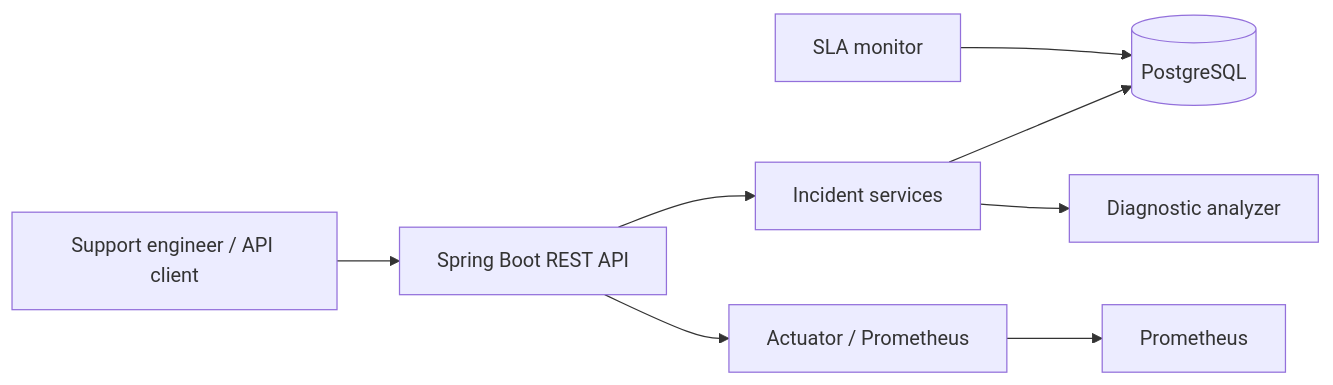
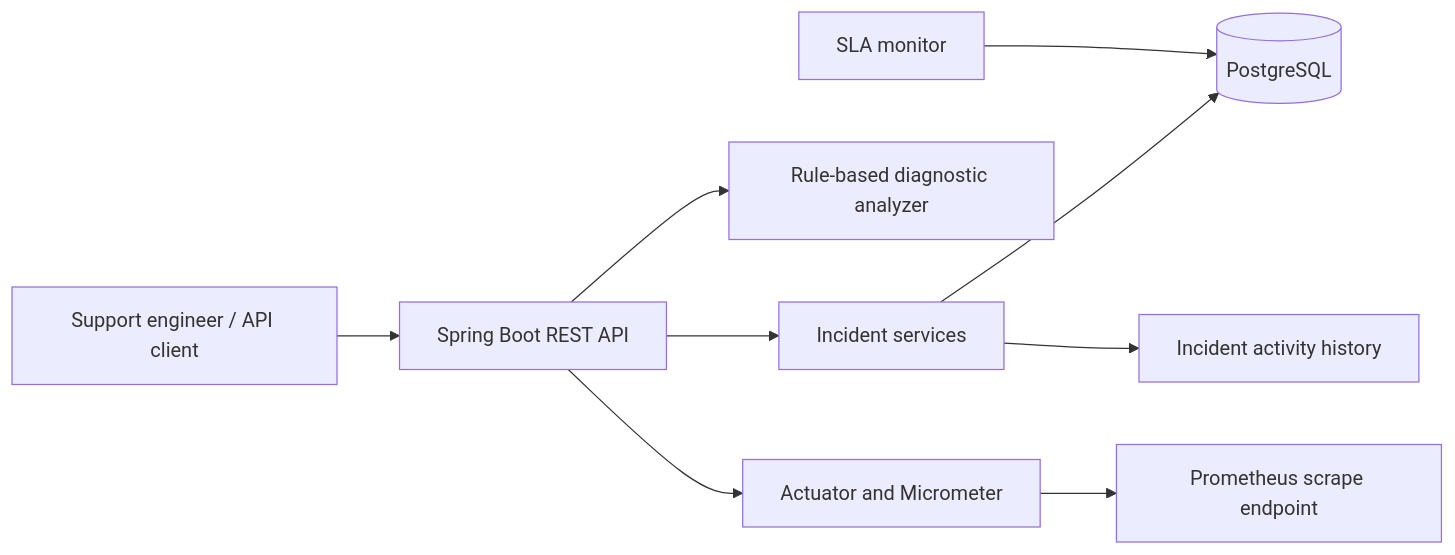
Before and after one commit to sajuu730/production-support-intelligence: the diagram in README.md, drawn with Mermaid. The commit also changed other lines of this file, not shown here.

````diff
--- a/README.md
+++ b/README.md
@@ -22,10 +20,11 @@
-~~~mermaid
+```mermaid
 flowchart LR
-  Client[Support engineer / API client] --> API[Spring Boot REST API]
-  API --> Service[Incident services]
-  Service --> DB[(PostgreSQL)]
-  Service --> Analyzer[Diagnostic analyzer]
-  Scheduler[SLA monitor] --> DB
-  API --> Metrics[Actuator / Prometheus]
-  Metrics --> Prom[Prometheus]
-~~~
+    Engineer[Support engineer / API client] --> API[Spring Boot REST API]
+    API --> Incident[Incident services]
+    Incident --> DB[(PostgreSQL)]
+    Incident --> History[Incident activity history]
+    API --> Analyzer[Rule-based diagnostic analyzer]
+    Scheduler[SLA monitor] --> DB
+    API --> Actuator[Actuator and Micrometer]
+    Actuator --> Prom[Prometheus scrape endpoint]
+```
````
